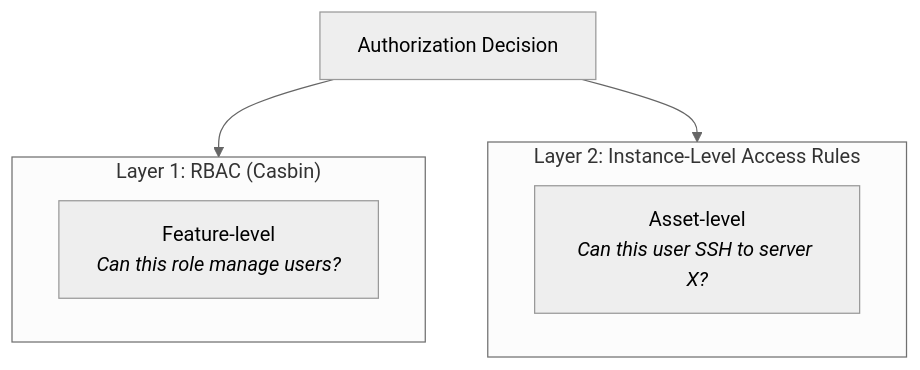
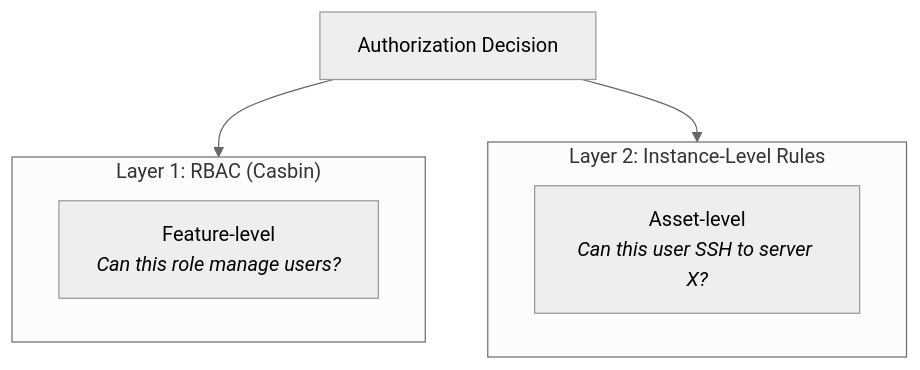
Before and after one commit to rbenaley/Vauban: the first of 15 diagrams in docs/technical/Vauban_IAM_Architecture_EN(1.0).md, drawn with Mermaid (neutral theme). The commit also changed other lines of this file, not shown here.

````diff
--- a/docs/technical/Vauban_IAM_Architecture_EN(1.0).md
+++ b/docs/technical/Vauban_IAM_Architecture_EN(1.0).md
@@ -70,14 +70,14 @@
 ```mermaid
 flowchart TB
     Decision["Authorization Decision"]
     Decision --> L1
     Decision --> L2
 
     subgraph L1 ["Layer 1: RBAC (Casbin)"]
         R1["Feature-level<br/><i>Can this role manage users?</i>"]
     end
 
-    subgraph L2 ["Layer 2: Instance-Level Access Rules"]
+    subgraph L2 ["Layer 2: Instance-Level Rules"]
         R2["Asset-level<br/><i>Can this user SSH to server X?</i>"]
     end
 ```
````
